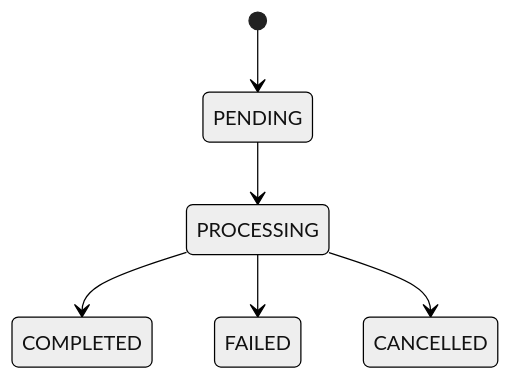
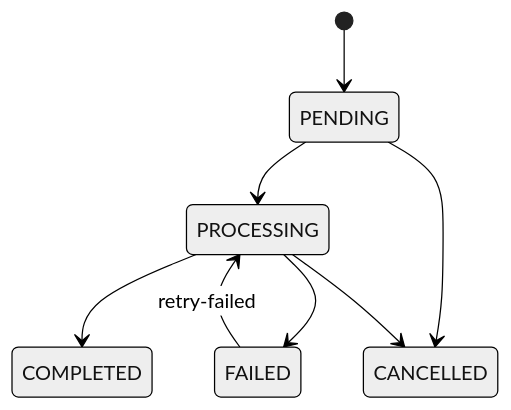
The first of 3 diagrams in docs/03-backend/job-lifecycle.md (niranjansah87/URLPulse), drawn with Mermaid (neutral theme) before and after one commit. The commit also changed other lines of this file and 5 other files, not shown here.

First line of the commit message:
docs(architecture): finalize consistency pass, resolve concurrency/retry contradictions

````diff
--- a/docs/03-backend/job-lifecycle.md
+++ b/docs/03-backend/job-lifecycle.md
@@ -55,8 +55,10 @@
 ```mermaid
 stateDiagram-v2
     [*] --> PENDING
     PENDING --> PROCESSING
+    PENDING --> CANCELLED
     PROCESSING --> COMPLETED
     PROCESSING --> FAILED
     PROCESSING --> CANCELLED
+    FAILED --> PROCESSING : retry-failed
 ```
````
